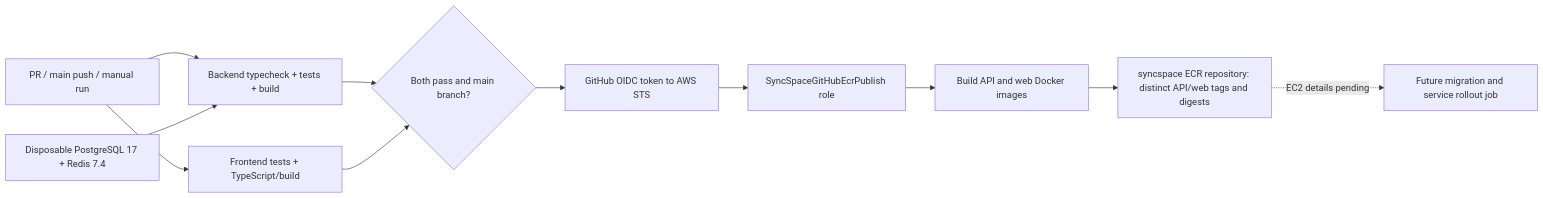
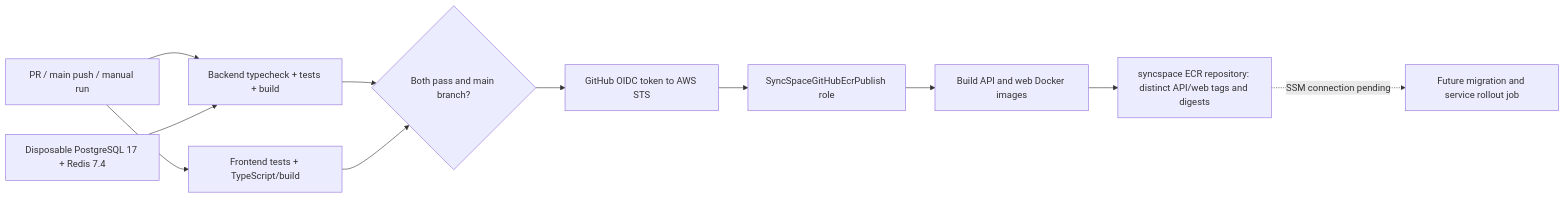
The fifth of 6 diagrams in SYSTEM_DESIGN_GUIDE.md (balumurugan107/SyncSpace), drawn with Mermaid before and after one commit. The commit also changed other lines of this file and 13 other files, not shown here.

Commit message:
Automate tested ECR releases to EC2 through SSM with health checks

````diff
--- a/SYSTEM_DESIGN_GUIDE.md
+++ b/SYSTEM_DESIGN_GUIDE.md
@@ -678,13 +678,13 @@
 ```mermaid
 flowchart LR
     Source[PR / main push / manual run] --> Backend[Backend typecheck + tests + build]
     Source --> Frontend[Frontend tests + TypeScript/build]
     Stores[Disposable PostgreSQL 17 + Redis 7.4] --> Backend
     Backend --> Gate{Both pass and main branch?}
     Frontend --> Gate
     Gate --> OIDC[GitHub OIDC token to AWS STS]
     OIDC --> Role[SyncSpaceGitHubEcrPublish role]
     Role --> Build[Build API and web Docker images]
     Build --> ECR[syncspace ECR repository: distinct API/web tags and digests]
-    ECR -. EC2 details pending .-> Runtime[Future migration and service rollout job]
+    ECR -. SSM connection pending .-> Runtime[Future migration and service rollout job]
 ```
````
